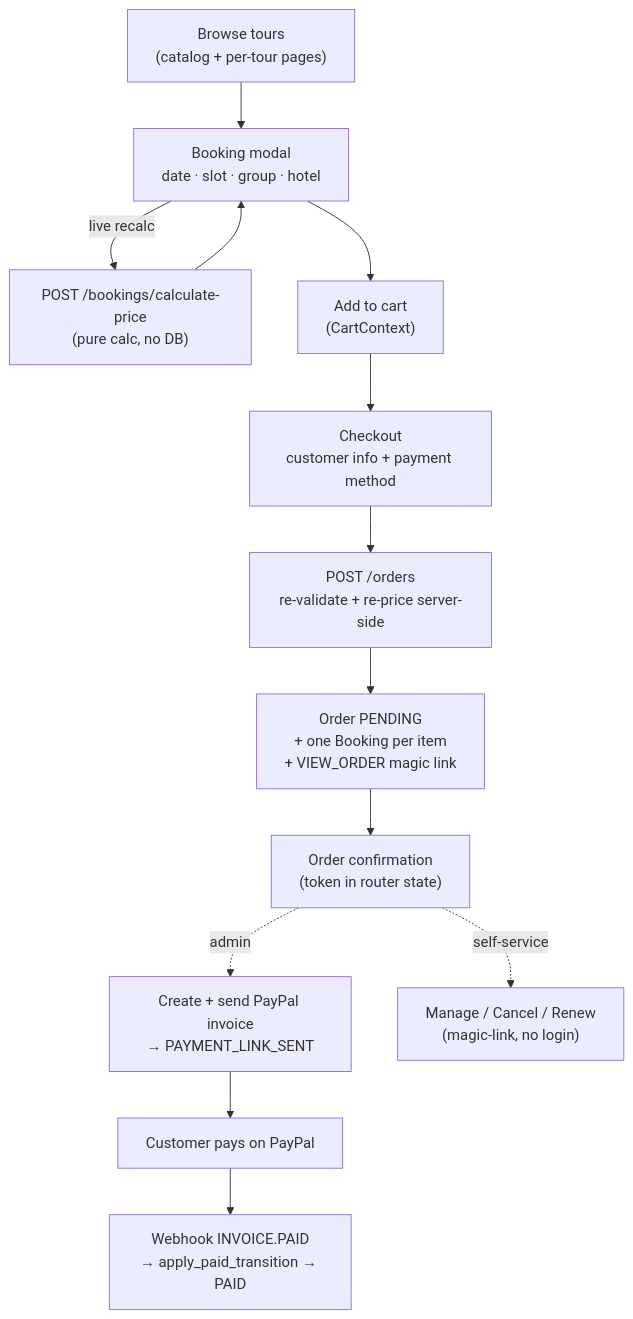
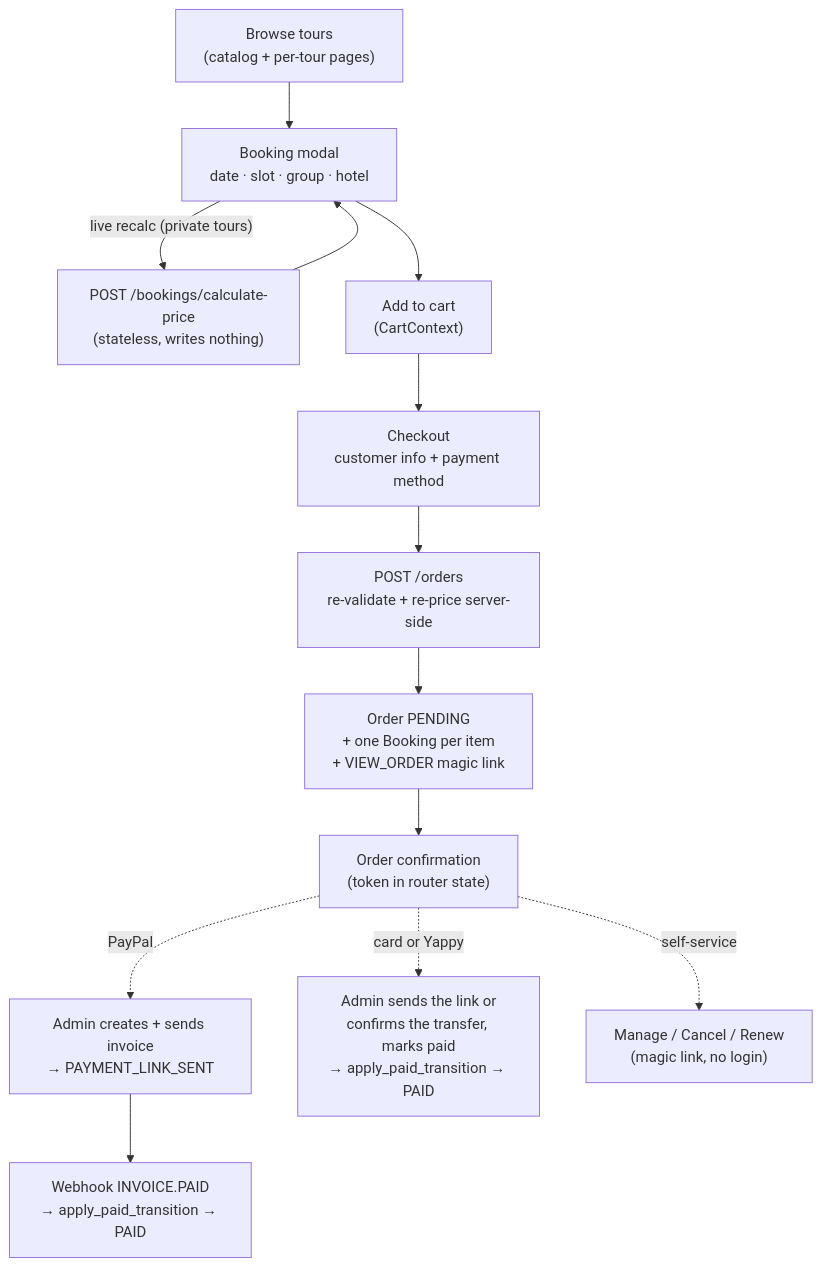
Before and after one commit to wanderindev/ai-powered-content-generation-engine: the diagram in docs/03-tours-bookings-and-orders.md, drawn with Mermaid. The commit also changed other lines of this file and 441 other files, not shown here.

````diff
--- a/docs/03-tours-bookings-and-orders.md
+++ b/docs/03-tours-bookings-and-orders.md
@@ -11,15 +11,15 @@
 ```mermaid
 flowchart TD
     A["Browse tours<br/>(catalog + per-tour pages)"] --> B["Booking modal<br/>date · slot · group · hotel"]
-    B -->|"live recalc"| P["POST /bookings/calculate-price<br/>(pure calc, no DB)"]
+    B -->|"live recalc (private tours)"| P["POST /bookings/calculate-price<br/>(stateless, writes nothing)"]
     P --> B
     B --> C["Add to cart<br/>(CartContext)"]
     C --> D["Checkout<br/>customer info + payment method"]
     D --> E["POST /orders<br/>re-validate + re-price server-side"]
     E --> F["Order PENDING<br/>+ one Booking per item<br/>+ VIEW_ORDER magic link"]
     F --> G["Order confirmation<br/>(token in router state)"]
-    G -. admin .-> H["Create + send PayPal invoice<br/>→ PAYMENT_LINK_SENT"]
-    H --> I["Customer pays on PayPal"]
-    I --> J["Webhook INVOICE.PAID<br/>→ apply_paid_transition → PAID"]
-    G -. self-service .-> K["Manage / Cancel / Renew<br/>(magic-link, no login)"]
+    G -.->|"PayPal"| H["Admin creates + sends invoice<br/>→ PAYMENT_LINK_SENT"]
+    H --> I["Webhook INVOICE.PAID<br/>→ apply_paid_transition → PAID"]
+    G -.->|"card or Yappy"| M["Admin sends the link or<br/>confirms the transfer, marks paid<br/>→ apply_paid_transition → PAID"]
+    G -.->|"self-service"| K["Manage / Cancel / Renew<br/>(magic link, no login)"]
 ```
````
